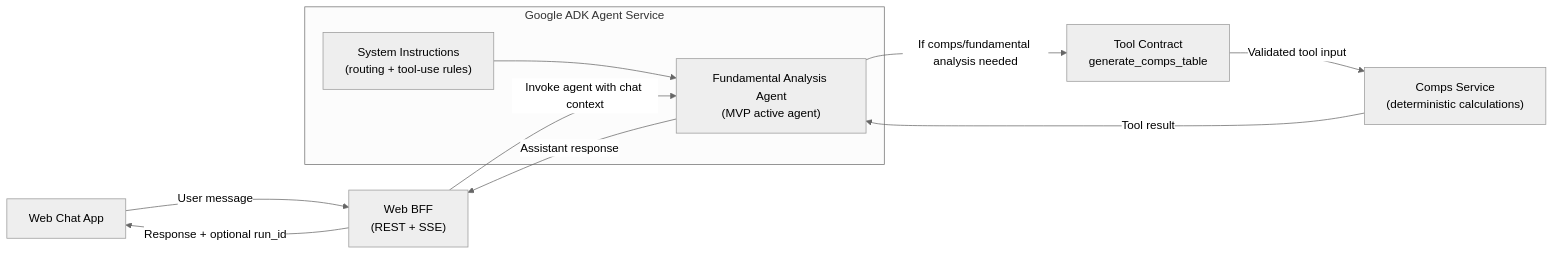
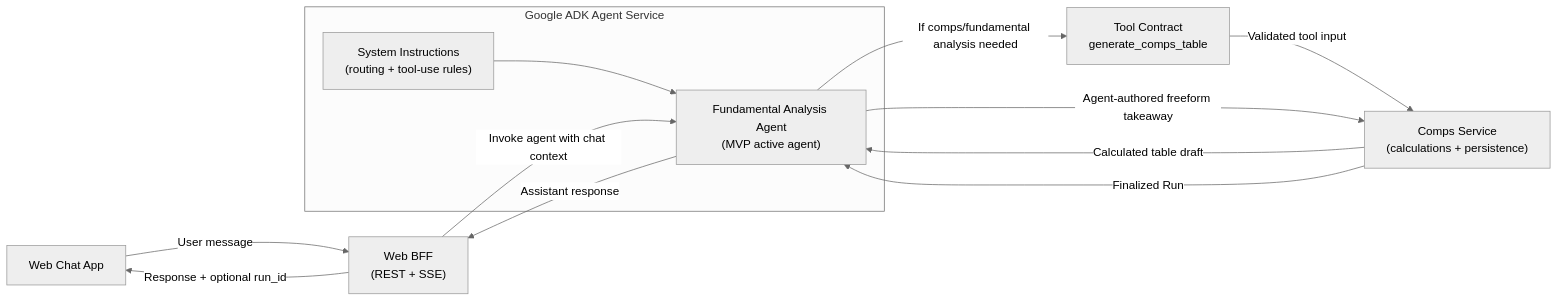
Before and after one commit to zer0plus/talk-to-your-stock: the diagram in docs/adr/ADR-003-agent-architecture.md, drawn with Mermaid (neutral theme). The commit also changed other lines of this file and 21 other files, not shown here.

````diff
--- a/docs/adr/ADR-003-agent-architecture.md
+++ b/docs/adr/ADR-003-agent-architecture.md
@@ -18,22 +18,24 @@
 ```mermaid
 flowchart LR
   WEB["Web Chat App"]
   BFF["Web BFF<br/>(REST + SSE)"]
 
   subgraph ADK["Google ADK Agent Service"]
     FUND["Fundamental Analysis Agent<br/>(MVP active agent)"]
     PROMPT["System Instructions<br/>(routing + tool-use rules)"]
   end
 
   TOOL["Tool Contract<br/>generate_comps_table"]
-  COMPS["Comps Service<br/>(deterministic calculations)"]
+  COMPS["Comps Service<br/>(calculations + persistence)"]
 
   WEB -->|"User message"| BFF
   BFF -->|"Invoke agent with chat context"| FUND
   PROMPT --> FUND
   FUND -->|"If comps/fundamental analysis needed"| TOOL
   TOOL -->|"Validated tool input"| COMPS
-  COMPS -->|"Tool result"| FUND
+  COMPS -->|"Calculated table draft"| FUND
+  FUND -->|"Agent-authored freeform takeaway"| COMPS
+  COMPS -->|"Finalized Run"| FUND
   FUND -->|"Assistant response"| BFF
   BFF -->|"Response + optional run_id"| WEB
 ```
````
